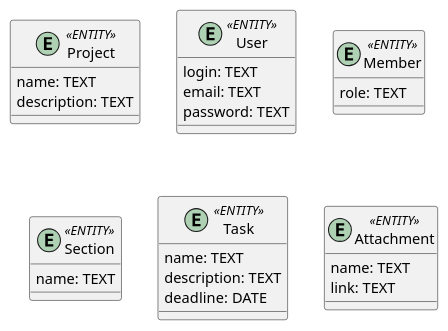
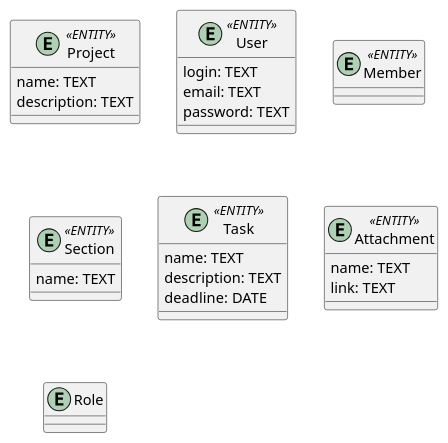
The second of 2 diagrams in docs/design/README.md (boldak/edu-db-cw), drawn with PlantUML before and after one commit.

Commit message:
added entity for role

```diff
--- a/docs/design/README.md
+++ b/docs/design/README.md
@@ -85,33 +85,36 @@
 @startuml
 
     entity Project <<ENTITY>> {
       name: TEXT
       description: TEXT
     }
 
     entity User <<ENTITY>> {
         login: TEXT
         email: TEXT
         password: TEXT
     }
 
     entity Member <<ENTITY>> { 
-        role: TEXT
     }
 
     entity Section <<ENTITY>> {
         name: TEXT
     }
     
     entity Task <<ENTITY>> {
         name: TEXT
         description: TEXT
         deadline: DATE
     }
     
     entity Attachment <<ENTITY>> {
         name: TEXT
         link: TEXT
     }
 
+    entity Role {
+
+    }
+
 @enduml
```
